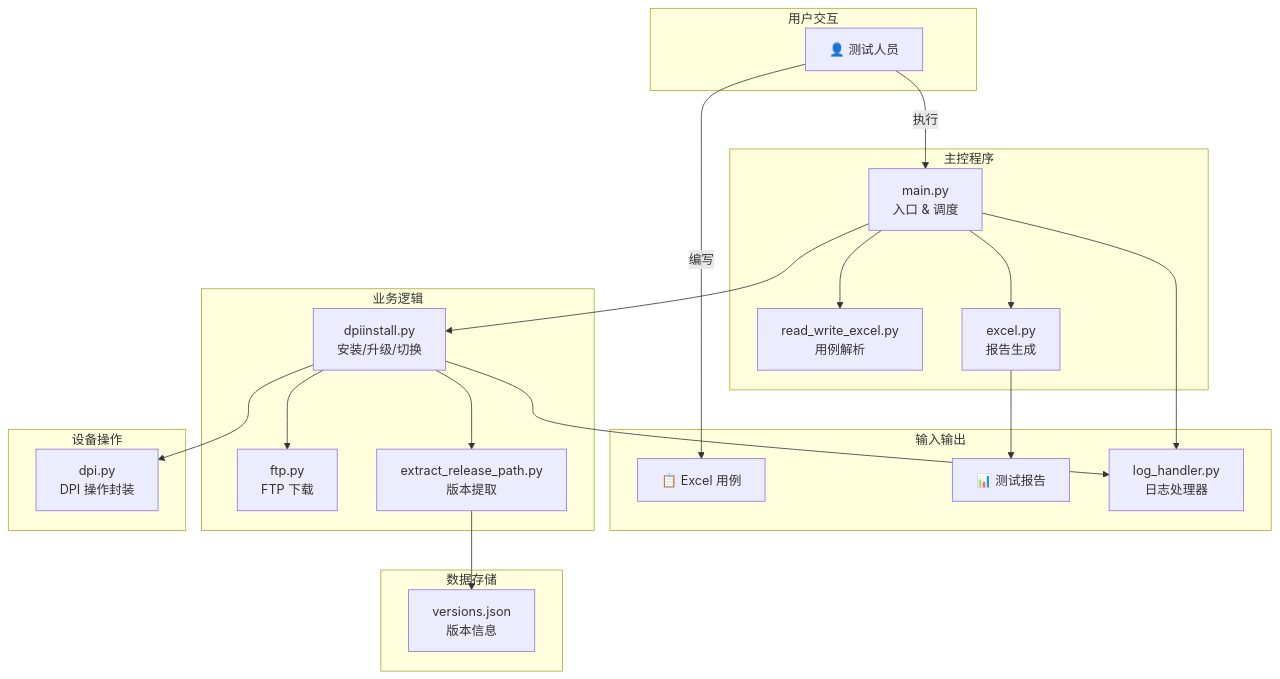
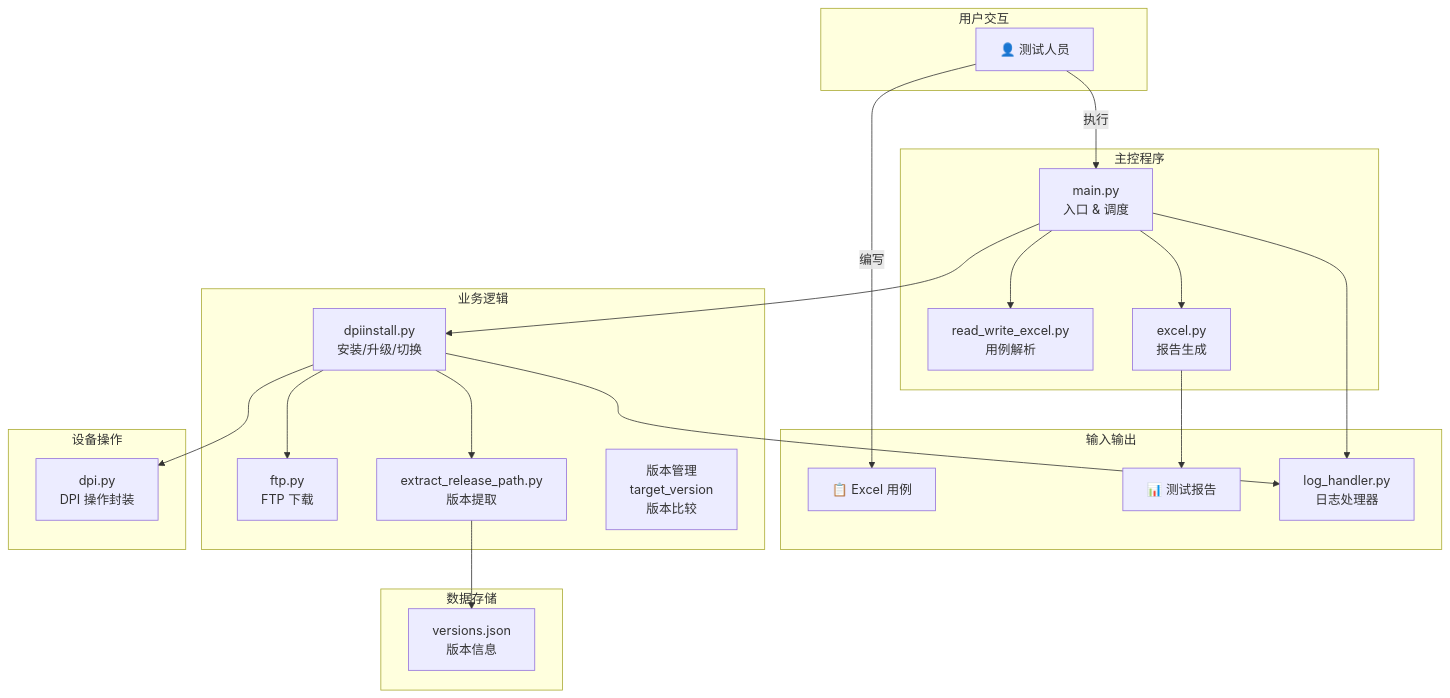
The first of 22 diagrams in 系统架构文档.md (weihang1258/dpiAutoExcel), drawn with Mermaid before and after one commit. The commit also changed other lines of this file and 1 other file, not shown here.

````diff
--- a/系统架构文档.md
+++ b/系统架构文档.md
@@ -7,46 +7,47 @@
 ```mermaid
 graph TD
     subgraph 用户交互
         USER[👤 测试人员]
     end
 
     subgraph 输入输出
         EXCEL[📋 Excel 用例]
         REPORT[📊 测试报告]
         LOG[📝 日志文件]
     end
 
     subgraph 主控程序
         MAIN[main.py<br/>入口 & 调度]
         RW[read_write_excel.py<br/>用例解析]
         EX[excel.py<br/>报告生成]
     end
 
     subgraph 业务逻辑
         INSTALL[dpiinstall.py<br/>安装/升级/切换]
         FTP[ftp.py<br/>FTP 下载]
         ERP[extract_release_path.py<br/>版本提取]
         LOG[log_handler.py<br/>日志处理器]
+        VERSION[版本管理<br/>target_version<br/>版本比较]
     end
 
     subgraph 设备操作
         DPI[dpi.py<br/>DPI 操作封装]
     end
 
     subgraph 数据存储
         VJSON[versions.json<br/>版本信息]
     end
 
     USER -->|编写| EXCEL
     USER -->|执行| MAIN
     MAIN --> RW
     MAIN --> EX
     MAIN --> INSTALL
     INSTALL --> FTP
     INSTALL --> ERP
     INSTALL --> DPI
     INSTALL --> LOG
     ERP --> VJSON
     EX --> REPORT
     MAIN --> LOG
 ```
````
